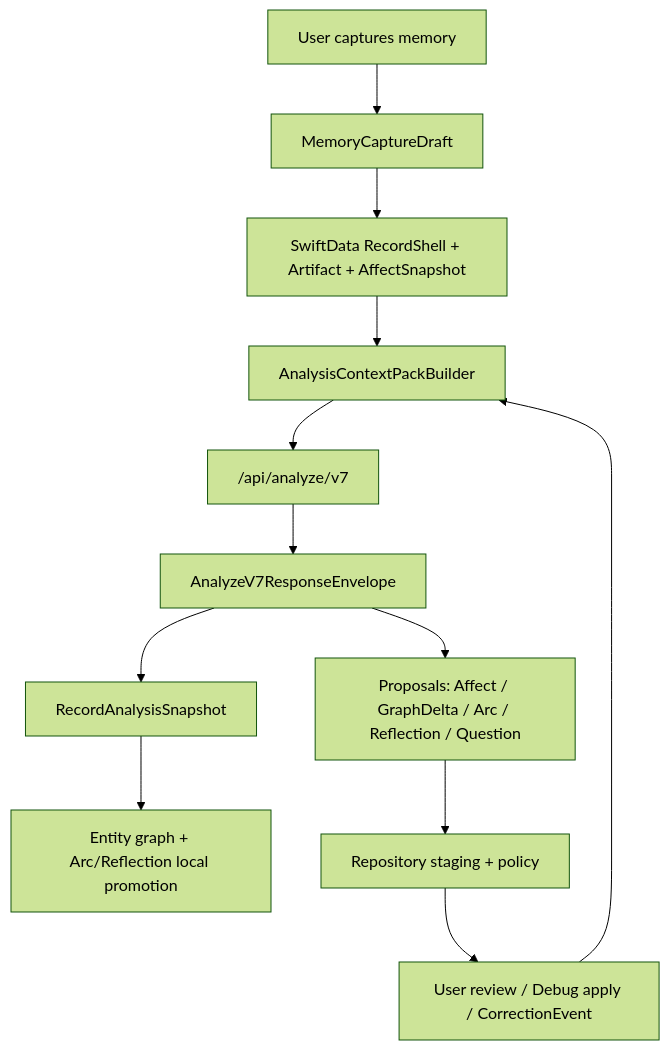
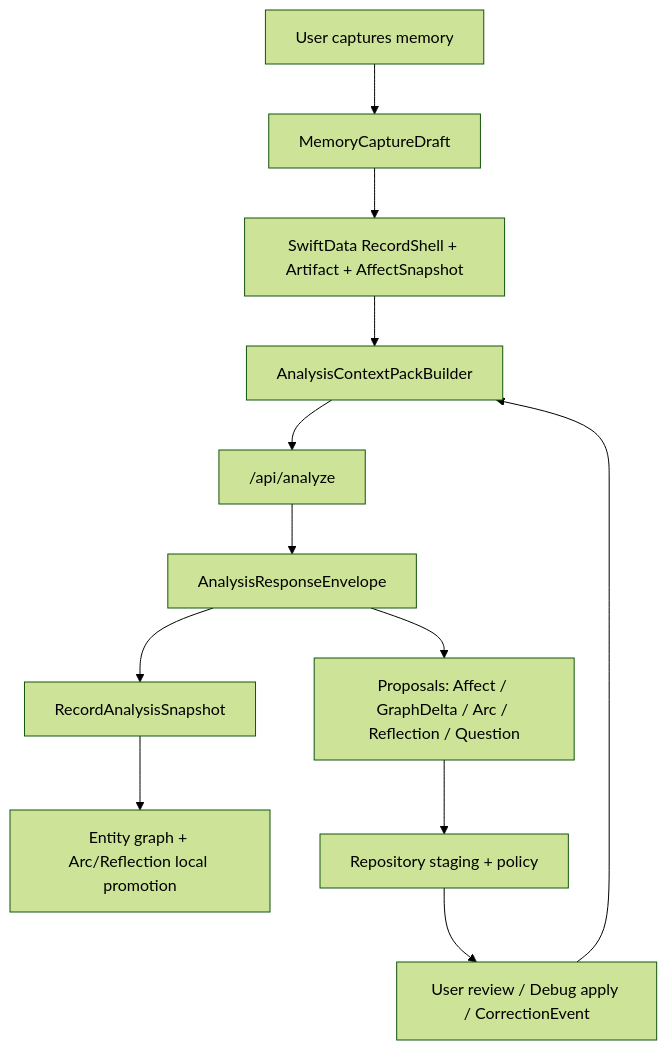
Before and after one commit to daaihang/sprout: the first of 8 diagrams in docs/mory_architecture_handbook_2026_05/01_system_overview_and_runtime_flows.md, drawn with Mermaid (forest theme). The commit also changed other lines of this file and 61 other files, not shown here.

````diff
--- a/docs/mory_architecture_handbook_2026_05/01_system_overview_and_runtime_flows.md
+++ b/docs/mory_architecture_handbook_2026_05/01_system_overview_and_runtime_flows.md
@@ -18,14 +18,14 @@
 ```mermaid
 flowchart TD
     A["User captures memory"] --> B["MemoryCaptureDraft"]
     B --> C["SwiftData RecordShell + Artifact + AffectSnapshot"]
     C --> D["AnalysisContextPackBuilder"]
-    D --> E["/api/analyze/v7"]
-    E --> F["AnalyzeV7ResponseEnvelope"]
+    D --> E["/api/analyze"]
+    E --> F["AnalysisResponseEnvelope"]
     F --> G["RecordAnalysisSnapshot"]
     F --> H["Proposals: Affect / GraphDelta / Arc / Reflection / Question"]
     G --> I["Entity graph + Arc/Reflection local promotion"]
     H --> J["Repository staging + policy"]
     J --> K["User review / Debug apply / CorrectionEvent"]
     K --> D
 ```
````
